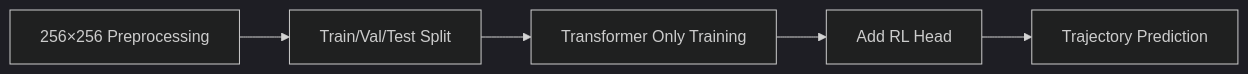
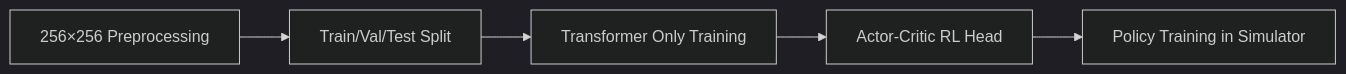
The diagram in vision-transformer/README.md (uttara-tech/Autonomous-Maze-Solver-Webots), drawn with Mermaid (dark theme) before and after one commit. The commit also changed other lines of this file and 3 other files, not shown here.

Commit message:
Added actor-critic RL head on top of MultiModalViT encoder

````diff
--- a/vision-transformer/README.md
+++ b/vision-transformer/README.md
@@ -12,8 +20,8 @@
 ```mermaid
 graph LR
   A[256×256 Preprocessing] --> B[Train/Val/Test Split]
   B --> C[Transformer Only Training]
-  C --> D[Add RL Head]
-  D --> E[Trajectory Prediction]
+  C --> D[Actor-Critic RL Head]
+  D --> E[Policy Training in Simulator]
 
 ```
````
